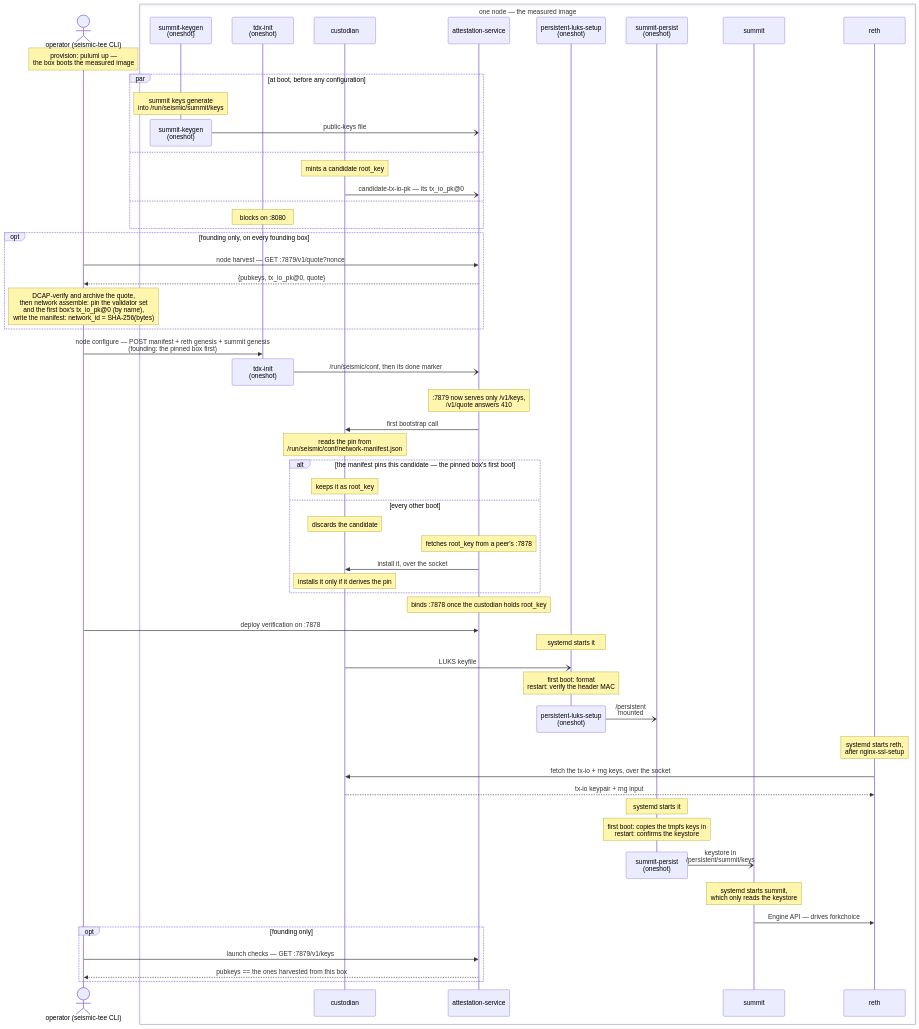
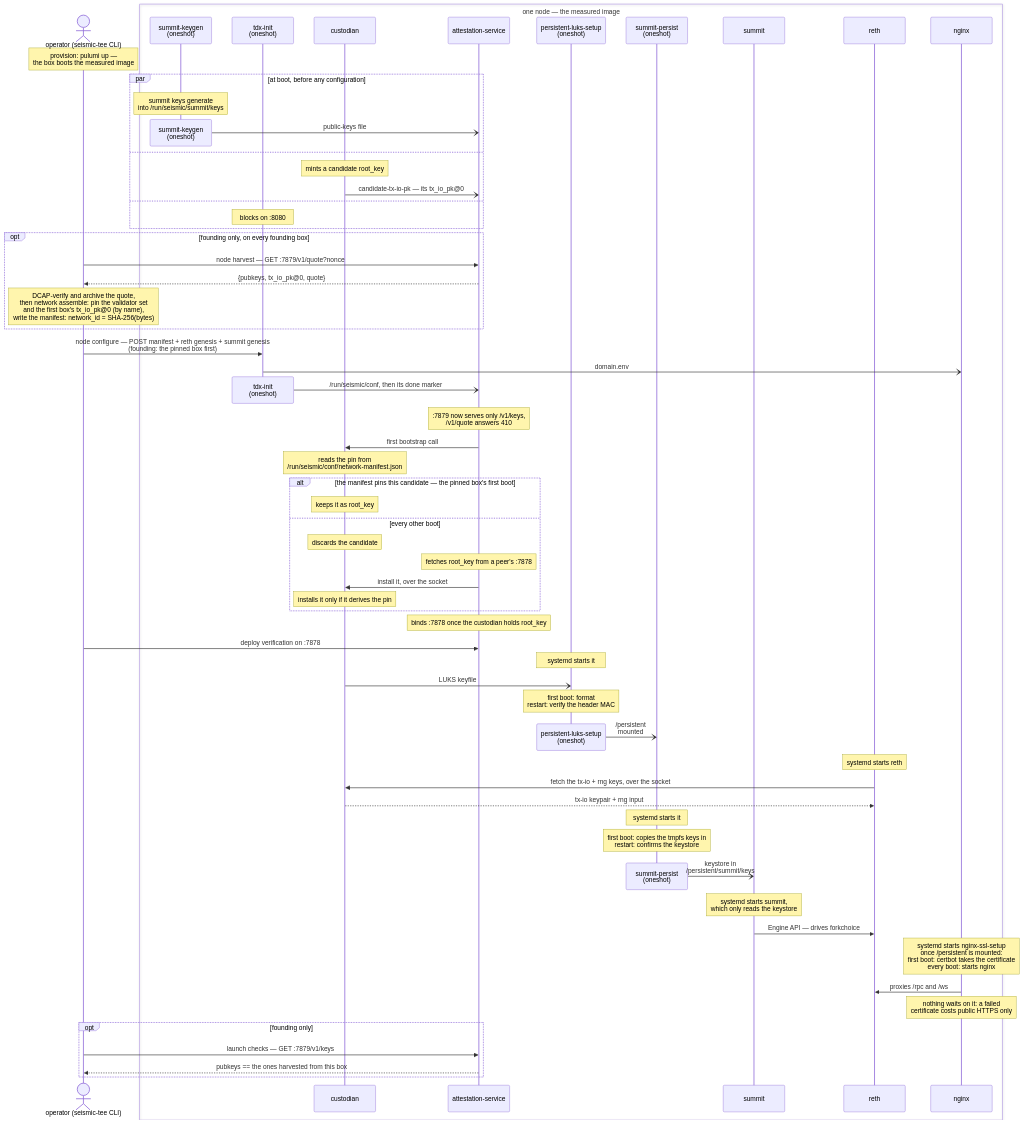
Before and after one commit to SeismicSystems/seismic: the first of 2 diagrams in docs/tee/architecture.md, drawn with Mermaid.

Commit message:
docs(tee): nginx and certbot sit off the boot path
The node-lifecycle sequence drew reth starting after nginx-ssl-setup.
Nothing waits on nginx now: tdx-init hands it domain.env, and
nginx-ssl-setup starts once /persistent is mounted, takes the
certificate on first boot and starts nginx on every boot. A failed
certificate costs public HTTPS only, never consensus.

Part of SEI-820.

````diff
--- a/docs/tee/architecture.md
+++ b/docs/tee/architecture.md
@@ -152,68 +152,73 @@
 ```mermaid
 sequenceDiagram
     actor O as operator (seismic-tee CLI)
     box one node — the measured image
         participant KG as summit-keygen<br/>(oneshot)
         participant TI as tdx-init<br/>(oneshot)
         participant CU as custodian
         participant AS as attestation-service
         participant LK as persistent-luks-setup<br/>(oneshot)
         participant SP as summit-persist<br/>(oneshot)
         participant SU as summit
         participant RE as reth
+        participant NG as nginx
     end
 
     Note over O: provision: pulumi up —<br/>the box boots the measured image
     par at boot, before any configuration
         Note over KG: summit keys generate<br/>into /run/seismic/summit/keys
         destroy KG
         KG-)AS: public-keys file
     and
         Note over CU: mints a candidate root_key
         CU-)AS: candidate-tx-io-pk — its tx_io_pk@0
     and
         Note over TI: blocks on :8080
     end
 
     opt founding only, on every founding box
         O->>AS: node harvest — GET :7879/v1/quote?nonce
         AS-->>O: {pubkeys, tx_io_pk@0, quote}
         Note over O: DCAP-verify and archive the quote,<br/>then network assemble: pin the validator set<br/>and the first box's tx_io_pk@0 (by name),<br/>write the manifest: network_id = SHA-256(bytes)
     end
 
     O->>TI: node configure — POST manifest + reth genesis + summit genesis<br/>(founding: the pinned box first)
+    TI-)NG: domain.env
     destroy TI
     TI-)AS: /run/seismic/conf, then its done marker
     Note over AS: :7879 now serves only /v1/keys,<br/>/v1/quote answers 410
     AS->>CU: first bootstrap call
     Note over CU: reads the pin from<br/>/run/seismic/conf/network-manifest.json
     alt the manifest pins this candidate — the pinned box's first boot
         Note over CU: keeps it as root_key
     else every other boot
         Note over CU: discards the candidate
         Note over AS: fetches root_key from a peer's :7878
         AS->>CU: install it, over the socket
         Note over CU: installs it only if it derives the pin
     end
     Note over AS: binds :7878 once the custodian holds root_key
     O->>AS: deploy verification on :7878
     Note over LK: systemd starts it
     CU-)LK: LUKS keyfile
     Note over LK: first boot: format<br/>restart: verify the header MAC
     destroy LK
     LK-)SP: /persistent<br/>mounted
-    Note over RE: systemd starts reth,<br/>after nginx-ssl-setup
+    Note over RE: systemd starts reth
     RE->>CU: fetch the tx-io + rng keys, over the socket
     CU-->>RE: tx-io keypair + rng input
     Note over SP: systemd starts it
     Note over SP: first boot: copies the tmpfs keys in<br/>restart: confirms the keystore
     destroy SP
     SP-)SU: keystore in<br/>/persistent/summit/keys
     Note over SU: systemd starts summit,<br/>which only reads the keystore
     SU->>RE: Engine API — drives forkchoice
+    Note over NG: systemd starts nginx-ssl-setup<br/>once /persistent is mounted:<br/>first boot: certbot takes the certificate<br/>every boot: starts nginx
+    NG->>RE: proxies /rpc and /ws
+    Note over NG: nothing waits on it: a failed<br/>certificate costs public HTTPS only
 
     opt founding only
         O->>AS: launch checks — GET :7879/v1/keys
         AS-->>O: pubkeys == the ones harvested from this box
     end
 ```
````
